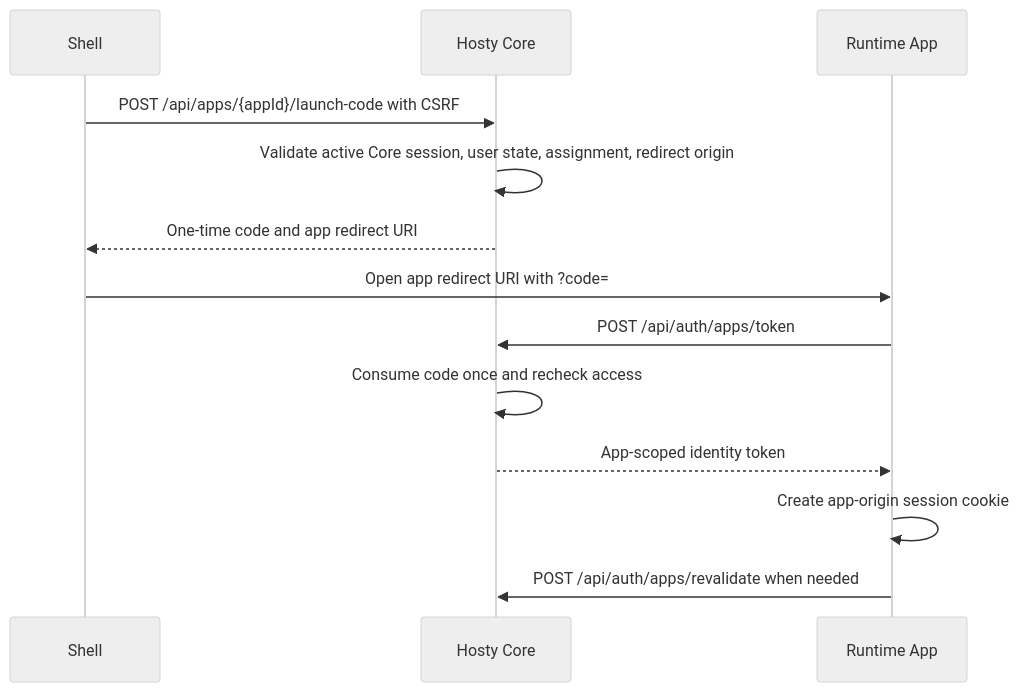
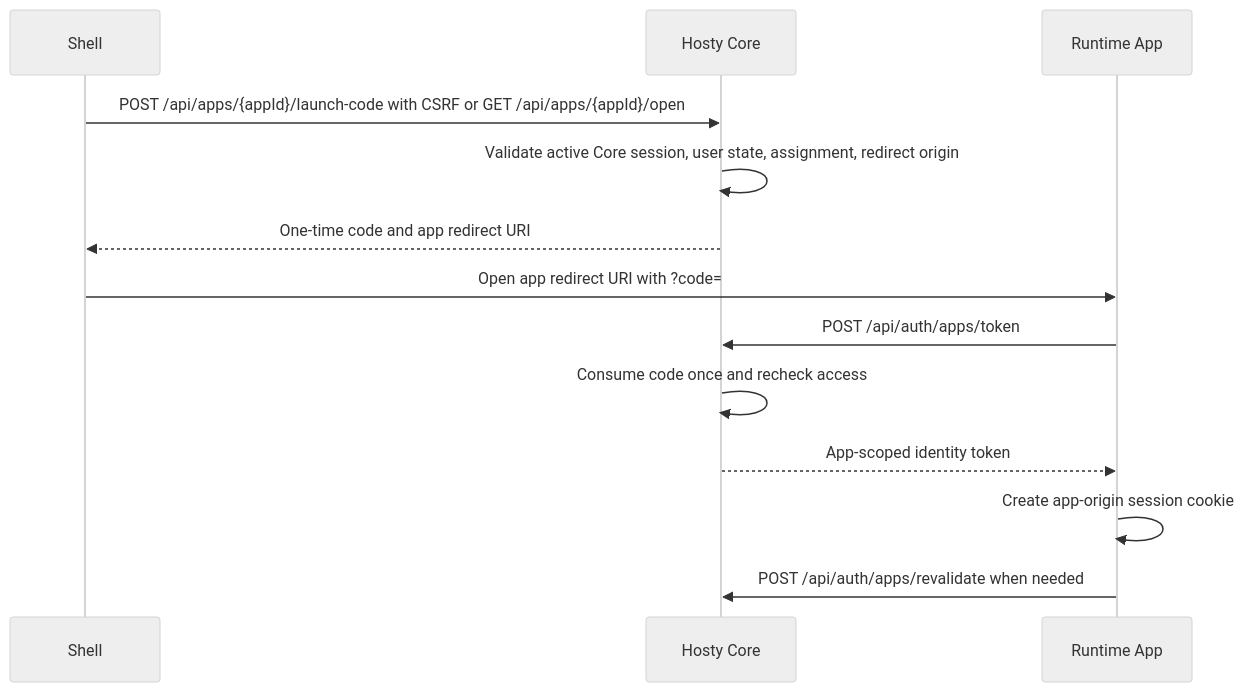
The diagram in docs/features/app-auth-origin-separation.md (alex-de-haas/docker-host), drawn with Mermaid (neutral theme) before and after one commit. The commit also changed other lines of this file and 13 other files, not shown here.

Commit message:
Add standalone app open redirect endpoint

````diff
--- a/docs/features/app-auth-origin-separation.md
+++ b/docs/features/app-auth-origin-separation.md
@@ -5,15 +5,15 @@
 ```mermaid
 sequenceDiagram
   participant S as Shell
   participant C as Hosty Core
   participant A as Runtime App
-  S->>C: POST /api/apps/{appId}/launch-code with CSRF
+  S->>C: POST /api/apps/{appId}/launch-code with CSRF or GET /api/apps/{appId}/open
   C->>C: Validate active Core session, user state, assignment, redirect origin
   C-->>S: One-time code and app redirect URI
   S->>A: Open app redirect URI with ?code=
   A->>C: POST /api/auth/apps/token
   C->>C: Consume code once and recheck access
   C-->>A: App-scoped identity token
   A->>A: Create app-origin session cookie
   A->>C: POST /api/auth/apps/revalidate when needed
 ```
````
